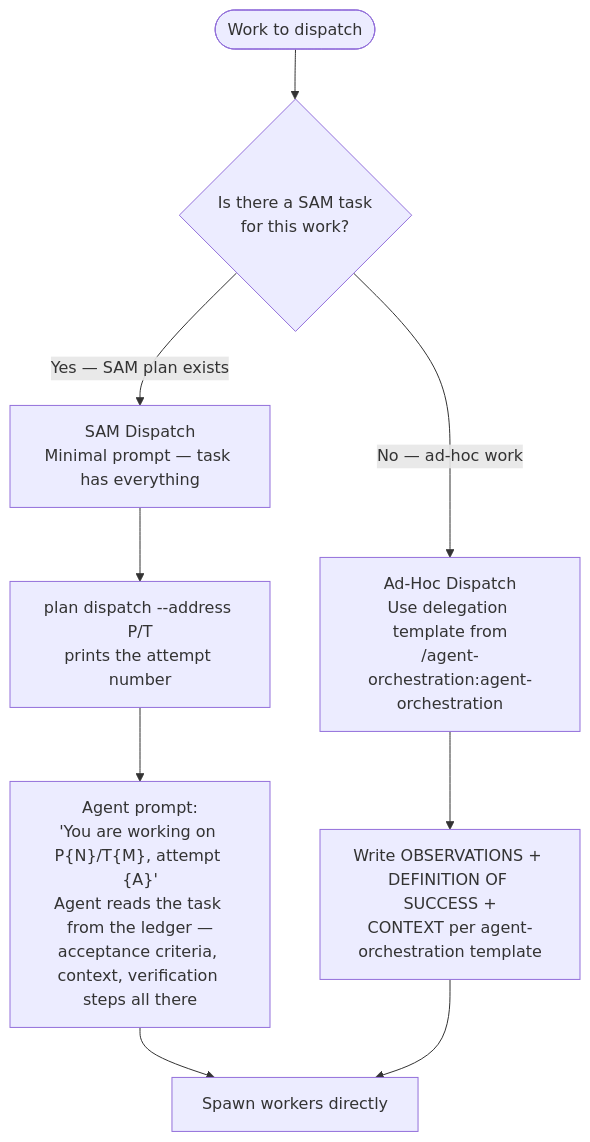
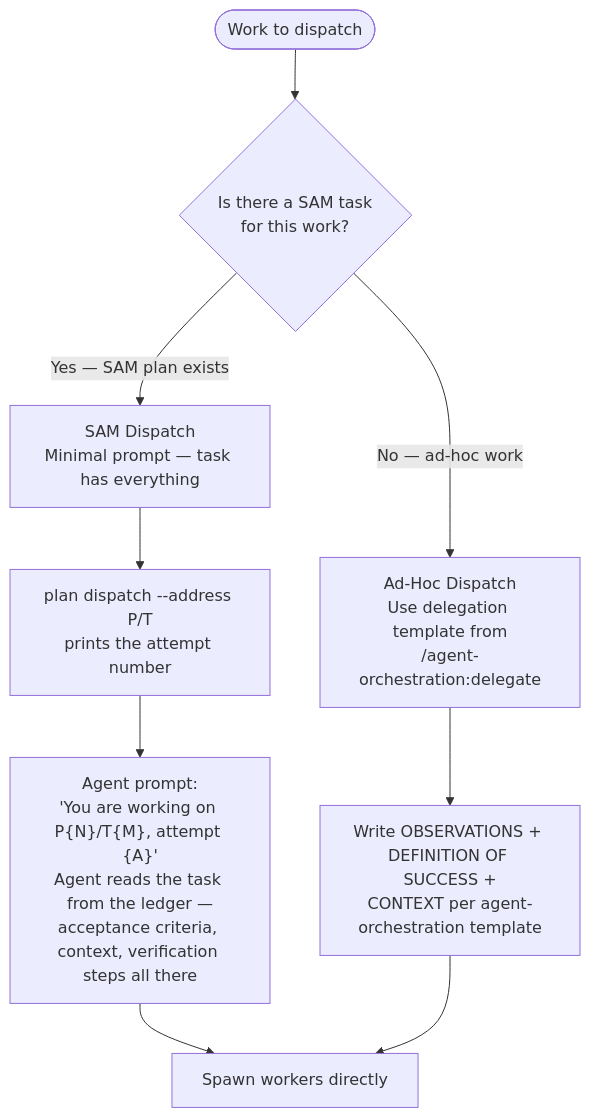
One commit to Jamie-BitFlight/claude_skills changed the first of 3 diagrams in plugins/development-harness/skills/dispatch/SKILL.md. Above: the diagram before and after it, drawn with Mermaid. The commit also changed other lines of this file and 1 other file, not shown here.

````diff
--- a/plugins/development-harness/skills/dispatch/SKILL.md
+++ b/plugins/development-harness/skills/dispatch/SKILL.md
@@ -18,11 +18,11 @@
 ```mermaid
 flowchart TD
     Start(["Work to dispatch"]) --> Q{"Is there a SAM task<br>for this work?"}
     Q -->|"Yes — SAM plan exists"| SAM["SAM Dispatch<br>Minimal prompt — task has everything"]
-    Q -->|"No — ad-hoc work"| AdHoc["Ad-Hoc Dispatch<br>Use delegation template from<br>/agent-orchestration:agent-orchestration"]
+    Q -->|"No — ad-hoc work"| AdHoc["Ad-Hoc Dispatch<br>Use delegation template from<br>/agent-orchestration:delegate"]
     SAM --> SAMOpen["plan dispatch --address P/T<br>prints the attempt number"]
     SAMOpen --> SAMPrompt["Agent prompt:<br>'You are working on P{N}/T{M}, attempt {A}'<br>Agent reads the task from the ledger —<br>acceptance criteria, context, verification steps all there"]
     AdHoc --> AdHocPrompt["Write OBSERVATIONS + DEFINITION OF SUCCESS +<br>CONTEXT per agent-orchestration template"]
     SAMPrompt --> Spawn["Spawn workers directly"]
     AdHocPrompt --> Spawn
 ```
````
